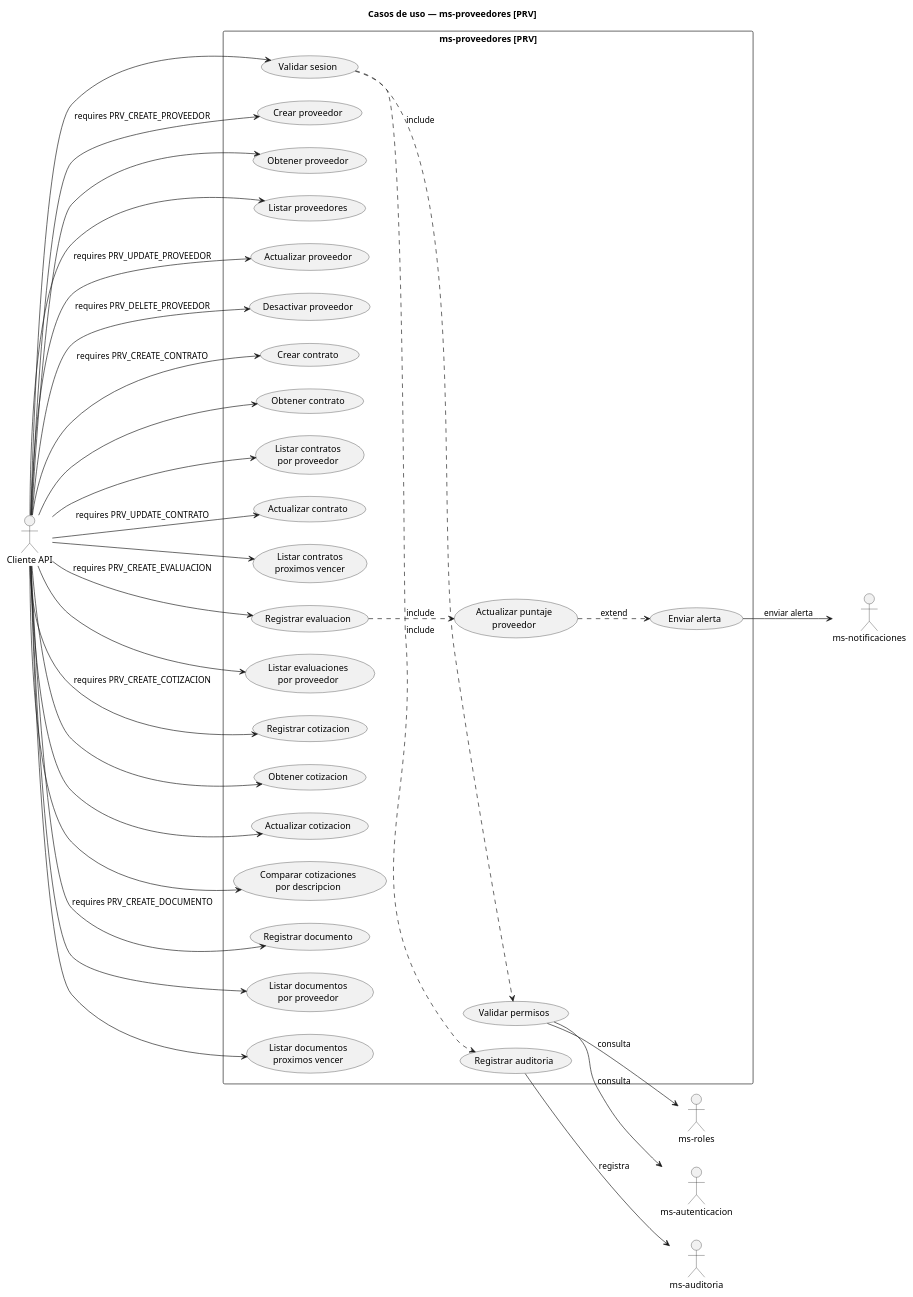
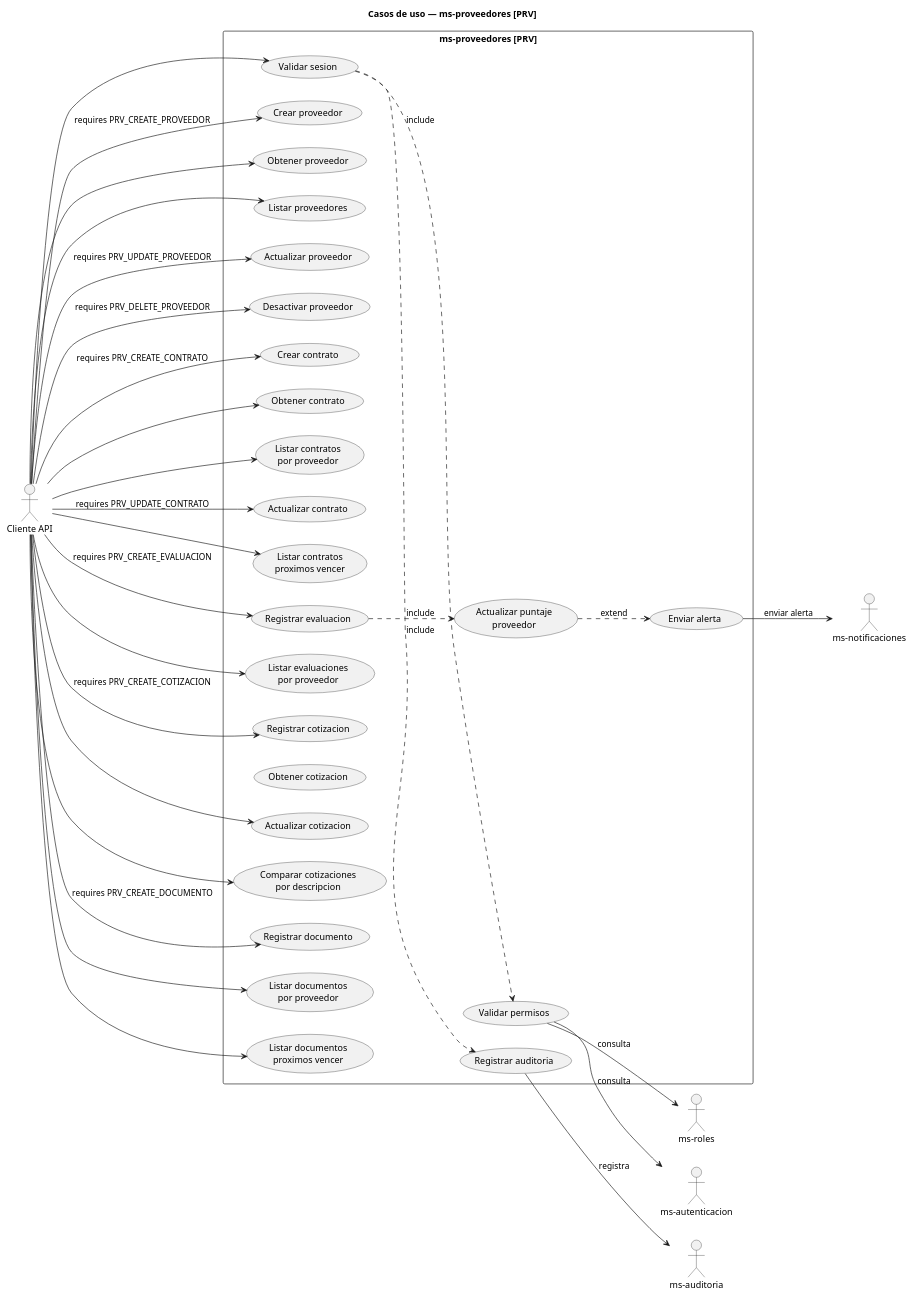
One commit to Reluckycf/ms-proveedores changed the diagram in docs/uml/casos_uso_ms-proveedores.puml. Above: the diagram before and after it, drawn with PlantUML. The commit also changed 26 other files, not shown here.

Commit message:
modificación final para funcionamiento global y cambios en los diagramas

```diff
--- a/docs/uml/casos_uso_ms-proveedores.puml
+++ b/docs/uml/casos_uso_ms-proveedores.puml
@@ -1,79 +1,78 @@
 @startuml
 title Casos de uso — ms-proveedores [PRV]
 left to right direction
 
 actor "Cliente API" as Cliente
 actor "ms-autenticacion" as Auth
 actor "ms-roles" as Roles  
 actor "ms-auditoria" as Audit
 actor "ms-notificaciones" as Notif
 
 rectangle "ms-proveedores [PRV]" {
   usecase "Validar sesion" as UC_VAL_SES
   usecase "Validar permisos" as UC_VAL_PERM
   usecase "Registrar auditoria" as UC_REG_AUDIT
   
   usecase "Crear proveedor" as UC1
   usecase "Obtener proveedor" as UC2
   usecase "Listar proveedores" as UC3
   usecase "Actualizar proveedor" as UC4
   usecase "Desactivar proveedor" as UC5
 
   usecase "Crear contrato" as UC6
   usecase "Obtener contrato" as UC7
   usecase "Listar contratos\npor proveedor" as UC8
   usecase "Actualizar contrato" as UC9
   usecase "Listar contratos\nproximos vencer" as UC10
 
   usecase "Registrar evaluacion" as UC11
   usecase "Actualizar puntaje\nproveedor" as UC11B
   usecase "Listar evaluaciones\npor proveedor" as UC12
 
   usecase "Registrar cotizacion" as UC13
-  usecase "Obtener cotizacion" as UC13B
+  usecase "Obtener cotizacion" as UC14B
   usecase "Actualizar cotizacion" as UC14
   usecase "Comparar cotizaciones\npor descripcion" as UC15
 
   usecase "Registrar documento" as UC16
   usecase "Listar documentos\npor proveedor" as UC17
   usecase "Listar documentos\nproximos vencer" as UC18
 
   usecase "Enviar alerta" as UCAlert
 }
 
 Cliente --> UC_VAL_SES
 UC_VAL_SES ..> UC_VAL_PERM : include
 UC_VAL_SES ..> UC_REG_AUDIT : include
 UC_VAL_PERM --> Auth : consulta
 UC_VAL_PERM --> Roles : consulta
 UC_REG_AUDIT --> Audit : registra
 
 Cliente --> UC1 : requires PRV_CREATE_PROVEEDOR
 Cliente --> UC2
 Cliente --> UC3
 Cliente --> UC4 : requires PRV_UPDATE_PROVEEDOR
 Cliente --> UC5 : requires PRV_DELETE_PROVEEDOR
 
 Cliente --> UC6 : requires PRV_CREATE_CONTRATO
 Cliente --> UC7
 Cliente --> UC8
 Cliente --> UC9 : requires PRV_UPDATE_CONTRATO
 Cliente --> UC10
 
 Cliente --> UC11 : requires PRV_CREATE_EVALUACION
 UC11 ..> UC11B : include
 UC11B ..> UCAlert : extend
 Cliente --> UC12
 
 Cliente --> UC13 : requires PRV_CREATE_COTIZACION
-Cliente --> UC13B
 Cliente --> UC14
 Cliente --> UC15
 
 Cliente --> UC16 : requires PRV_CREATE_DOCUMENTO
 Cliente --> UC17
 Cliente --> UC18
 
 UCAlert --> Notif : enviar alerta
 
 @enduml
```
